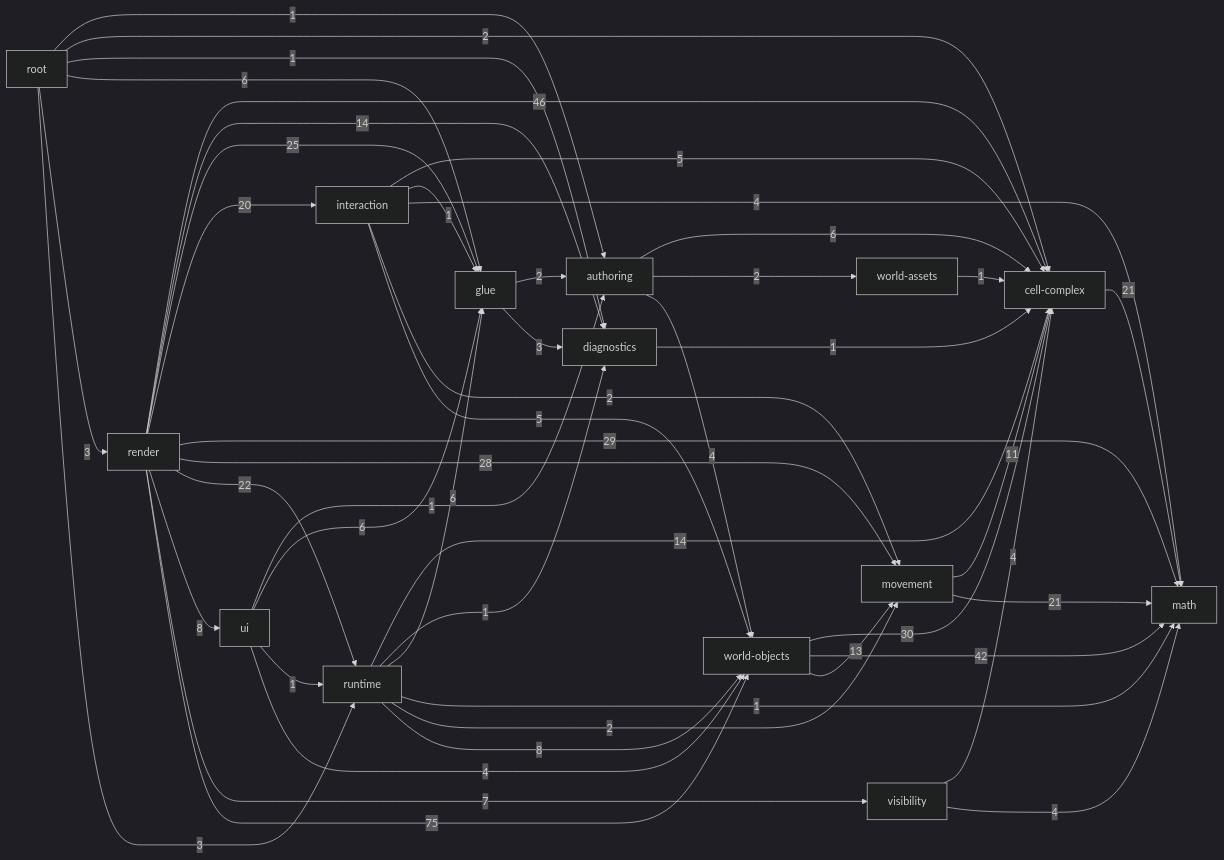
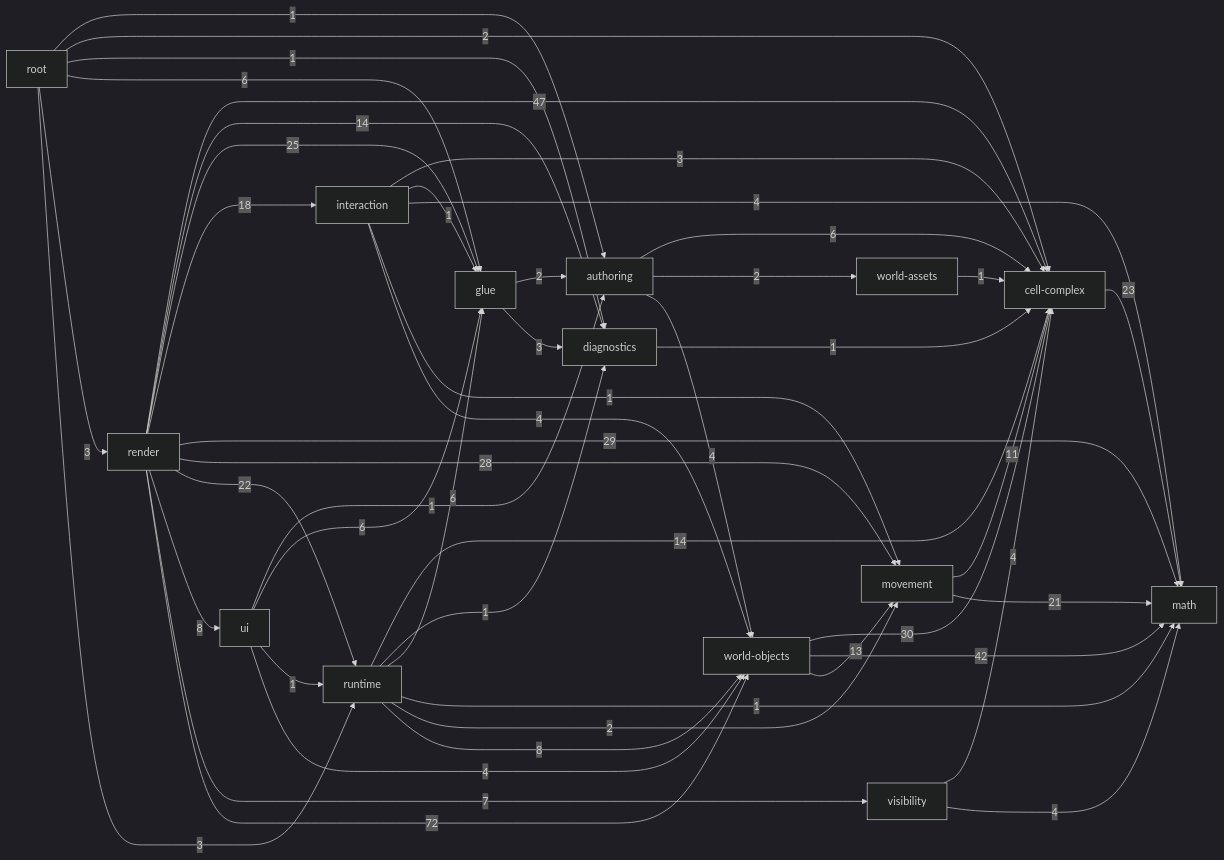
Before and after one commit to guraltsev/noneuclid-fpv: the diagram in _docs/generated/ARCHITECTURE_REFERENCE.md, drawn with Mermaid (dark theme). The commit also changed other lines of this file and 15 other files, not shown here.

````diff
--- a/_docs/generated/ARCHITECTURE_REFERENCE.md
+++ b/_docs/generated/ARCHITECTURE_REFERENCE.md
@@ -35,63 +35,63 @@
 ```mermaid
 flowchart LR
   math["math"]
   cell_complex["cell-complex"]
   diagnostics["diagnostics"]
   visibility["visibility"]
   movement["movement"]
   world_assets["world-assets"]
   world_objects["world-objects"]
   authoring["authoring"]
   glue["glue"]
   interaction["interaction"]
   runtime["runtime"]
   ui["ui"]
   render["render"]
   root["root"]
   authoring -->|6| cell_complex
   authoring -->|2| world_assets
   authoring -->|4| world_objects
-  cell_complex -->|21| math
+  cell_complex -->|23| math
   diagnostics -->|1| cell_complex
   glue -->|2| authoring
   glue -->|3| diagnostics
-  interaction -->|5| cell_complex
+  interaction -->|3| cell_complex
   interaction -->|1| glue
   interaction -->|4| math
-  interaction -->|2| movement
-  interaction -->|5| world_objects
+  interaction -->|1| movement
+  interaction -->|4| world_objects
   movement -->|11| cell_complex
   movement -->|21| math
-  render -->|46| cell_complex
+  render -->|47| cell_complex
   render -->|14| diagnostics
   render -->|25| glue
-  render -->|20| interaction
+  render -->|18| interaction
   render -->|29| math
   render -->|28| movement
   render -->|22| runtime
   render -->|8| ui
   render -->|7| visibility
-  render -->|75| world_objects
+  render -->|72| world_objects
   root -->|1| authoring
   root -->|2| cell_complex
   root -->|1| diagnostics
   root -->|6| glue
   root -->|3| render
   root -->|3| runtime
   runtime -->|14| cell_complex
   runtime -->|1| diagnostics
   runtime -->|6| glue
   runtime -->|1| math
   runtime -->|2| movement
   runtime -->|8| world_objects
   ui -->|1| authoring
   ui -->|6| glue
   ui -->|1| runtime
   ui -->|4| world_objects
   visibility -->|4| cell_complex
   visibility -->|4| math
   world_assets -->|1| cell_complex
   world_objects -->|30| cell_complex
   world_objects -->|42| math
   world_objects -->|13| movement
 ```
````
